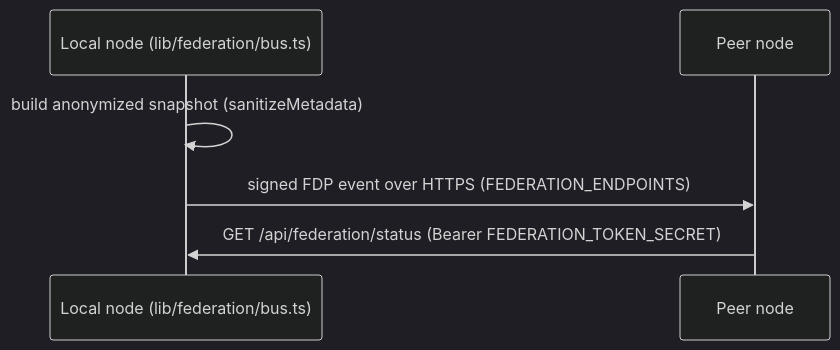
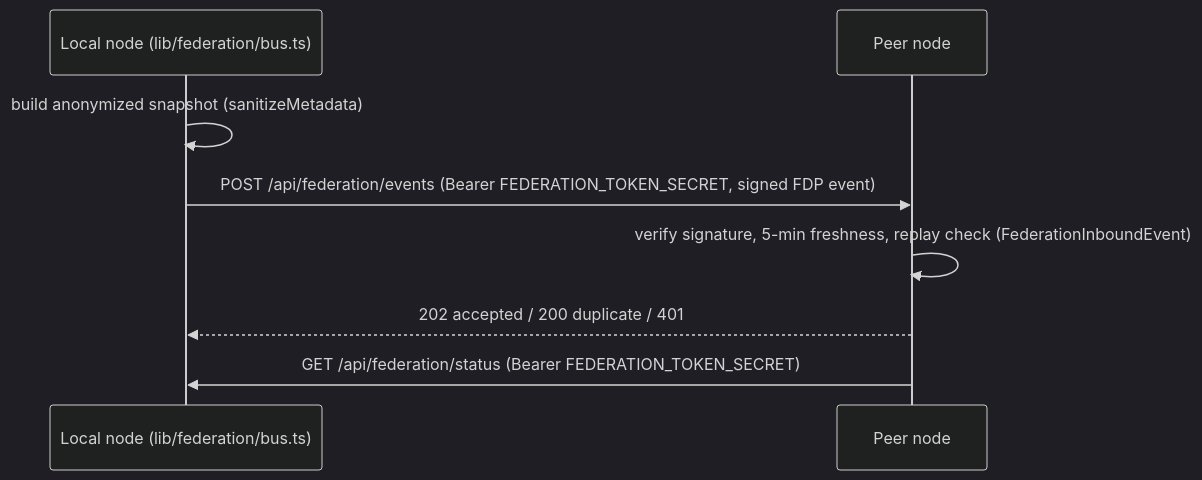
Before and after one commit to noah-isme/invosmart: the fifth of 5 diagrams in docs/ARCHITECTURE.md, drawn with Mermaid (dark theme). The commit also changed 6 other files, not shown here.

````diff
--- a/docs/ARCHITECTURE.md
+++ b/docs/ARCHITECTURE.md
@@ -190,8 +190,10 @@
 ```mermaid
 sequenceDiagram
     participant Local as Local node (lib/federation/bus.ts)
     participant Peer as Peer node
     Local->>Local: build anonymized snapshot (sanitizeMetadata)
-    Local->>Peer: signed FDP event over HTTPS (FEDERATION_ENDPOINTS)
+    Local->>Peer: POST /api/federation/events (Bearer FEDERATION_TOKEN_SECRET, signed FDP event)
+    Peer->>Peer: verify signature, 5-min freshness, replay check (FederationInboundEvent)
+    Peer-->>Local: 202 accepted / 200 duplicate / 401
     Peer->>Local: GET /api/federation/status (Bearer FEDERATION_TOKEN_SECRET)
 ```
````
